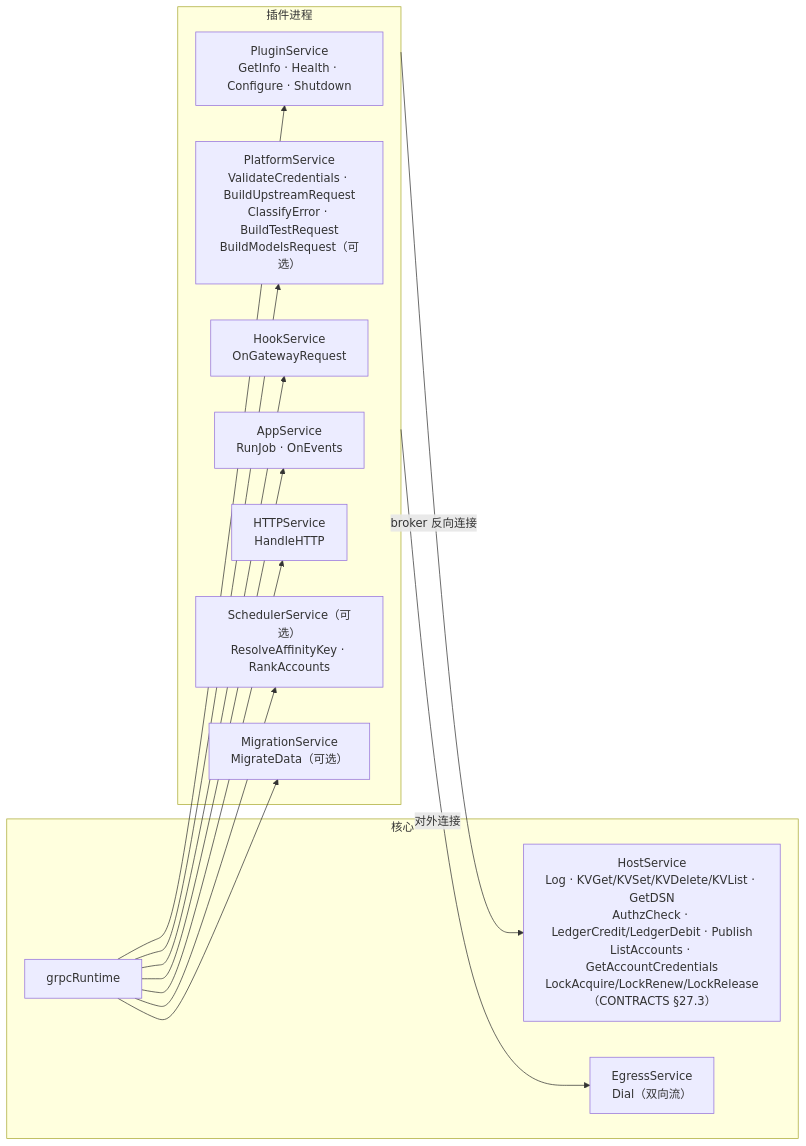
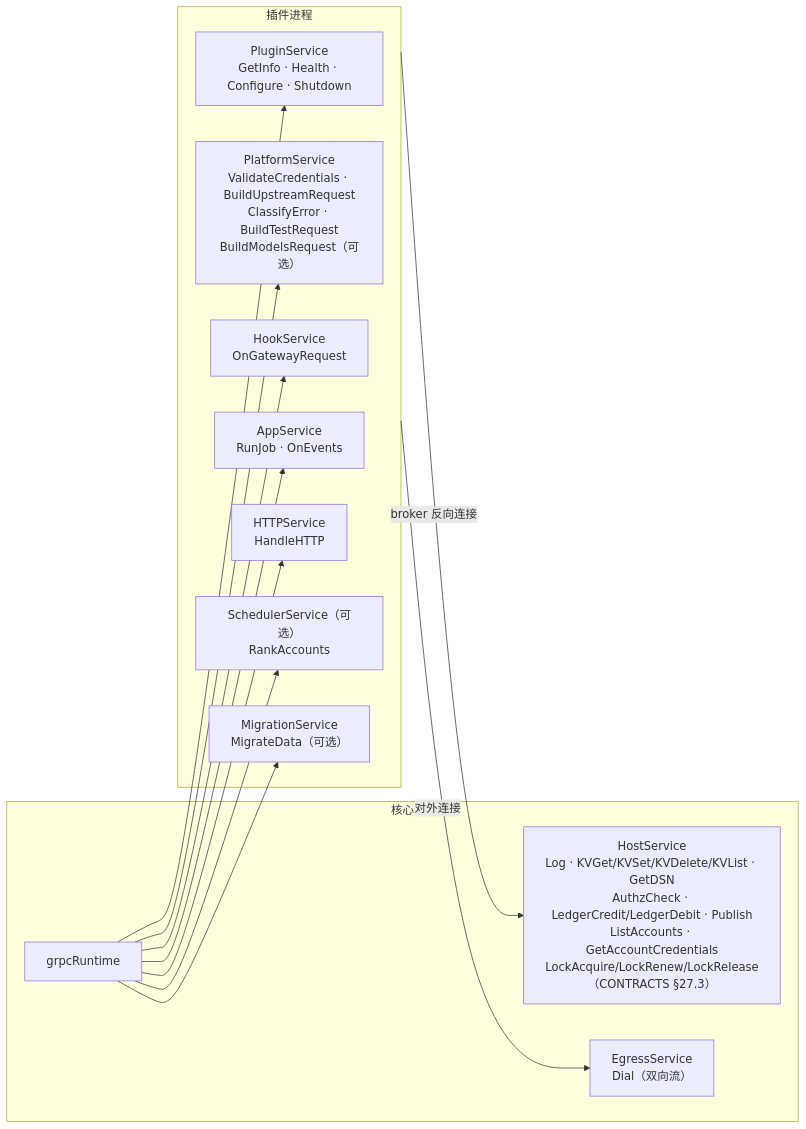
Before and after one commit to Sub2API-Devs/sup2api: the fifth of 18 diagrams in next/docs/ARCHITECTURE.md, drawn with Mermaid. The commit also changed other lines of this file and 62 other files, not shown here.

````diff
--- a/next/docs/ARCHITECTURE.md
+++ b/next/docs/ARCHITECTURE.md
@@ -496,20 +496,20 @@
 ```mermaid
 flowchart LR
   subgraph host["核心"]
     rt["grpcRuntime"]
     hs["HostService<br/>Log · KVGet/KVSet/KVDelete/KVList · GetDSN<br/>AuthzCheck · LedgerCredit/LedgerDebit · Publish<br/>ListAccounts · GetAccountCredentials<br/>LockAcquire/LockRenew/LockRelease（CONTRACTS §27.3）"]
     eg["EgressService<br/>Dial（双向流）"]
   end
   subgraph plugin["插件进程"]
     ps["PluginService<br/>GetInfo · Health · Configure · Shutdown"]
     pf["PlatformService<br/>ValidateCredentials · BuildUpstreamRequest<br/>ClassifyError · BuildTestRequest<br/>BuildModelsRequest（可选）"]
     hk["HookService<br/>OnGatewayRequest"]
     ap["AppService<br/>RunJob · OnEvents"]
     hx["HTTPService<br/>HandleHTTP"]
-    sc["SchedulerService（可选）<br/>ResolveAffinityKey · RankAccounts"]
+    sc["SchedulerService（可选）<br/>RankAccounts"]
     ms["MigrationService<br/>MigrateData（可选）"]
   end
   rt --> ps & pf & hk & ap & hx & sc & ms
   plugin -->|"broker 反向连接"| hs
   plugin -->|"对外连接"| eg
 ```
````
